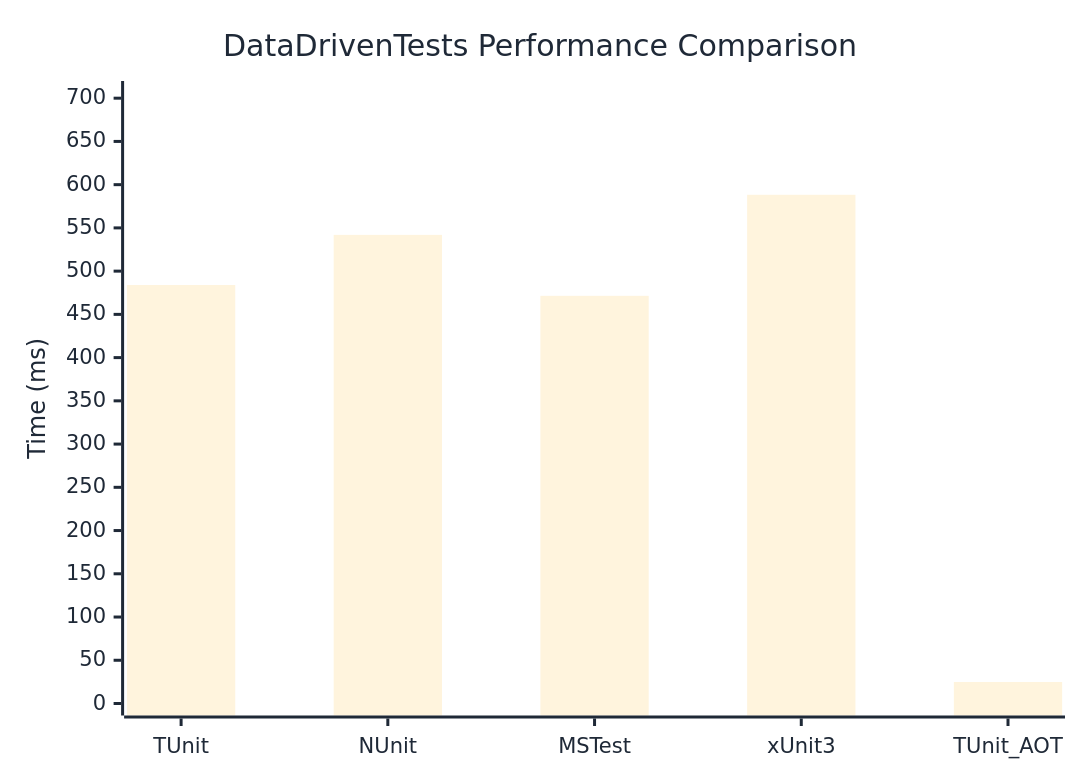
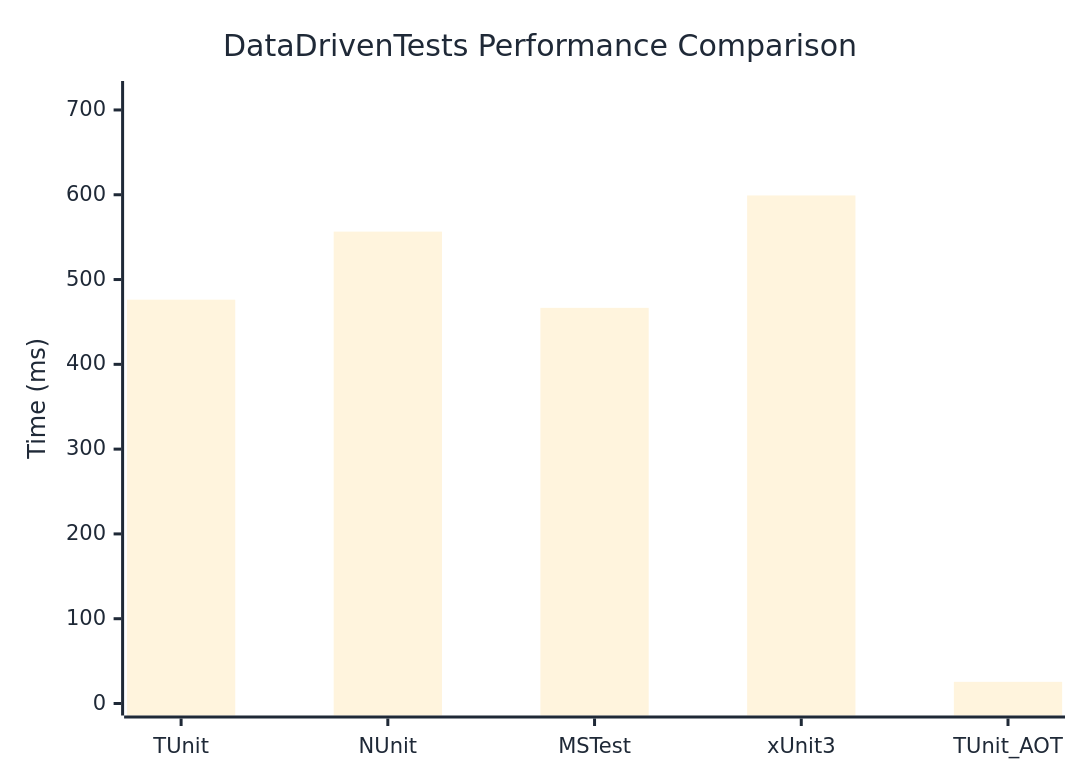
One commit to weiyilai/TUnit changed the diagram in docs/docs/benchmarks/DataDrivenTests.md. Above: the diagram before and after it, drawn with Mermaid. The commit also changed other lines of this file and 17 other files, not shown here.

````diff
--- a/docs/docs/benchmarks/DataDrivenTests.md
+++ b/docs/docs/benchmarks/DataDrivenTests.md
@@ -27,37 +27,37 @@
 ```mermaid
 %%{init: {
   'theme':'base',
   'themeVariables': {
     'primaryColor': '#2563eb',
     'primaryTextColor': '#1f2937',
     'primaryBorderColor': '#1e40af',
     'lineColor': '#6b7280',
     'secondaryColor': '#7c3aed',
     'tertiaryColor': '#dc2626',
     'background': '#ffffff',
     'mainBkg': '#2563eb',
     'secondBkg': '#7c3aed',
     'tertiaryBkg': '#dc2626',
     'clusterBkg': '#f3f4f6',
     'edgeLabelBackground': '#ffffff',
     'tertiaryTextColor': '#1f2937',
     'pie1': '#2563eb',
     'pie2': '#7c3aed',
     'pie3': '#dc2626',
     'pie4': '#f59e0b',
     'pie5': '#10b981',
     'pie6': '#06b6d4',
     'pie7': '#ec4899',
     'pie8': '#6366f1',
     'pie9': '#84cc16',
     'pie10': '#f97316',
     'pie11': '#14b8a6',
     'pie12': '#a855f7'
   }
 }}%%
 xychart-beta
   title "DataDrivenTests Performance Comparison"
   x-axis ["TUnit", "NUnit", "MSTest", "xUnit3", "TUnit_AOT"]
-  y-axis "Time (ms)" 0 --> 706
-  bar [483.96, 541.93, 471.45, 588.28, 24.84]
+  y-axis "Time (ms)" 0 --> 720
+  bar [476.24, 556.51, 466.61, 599.18, 25.55]
 ```
````
